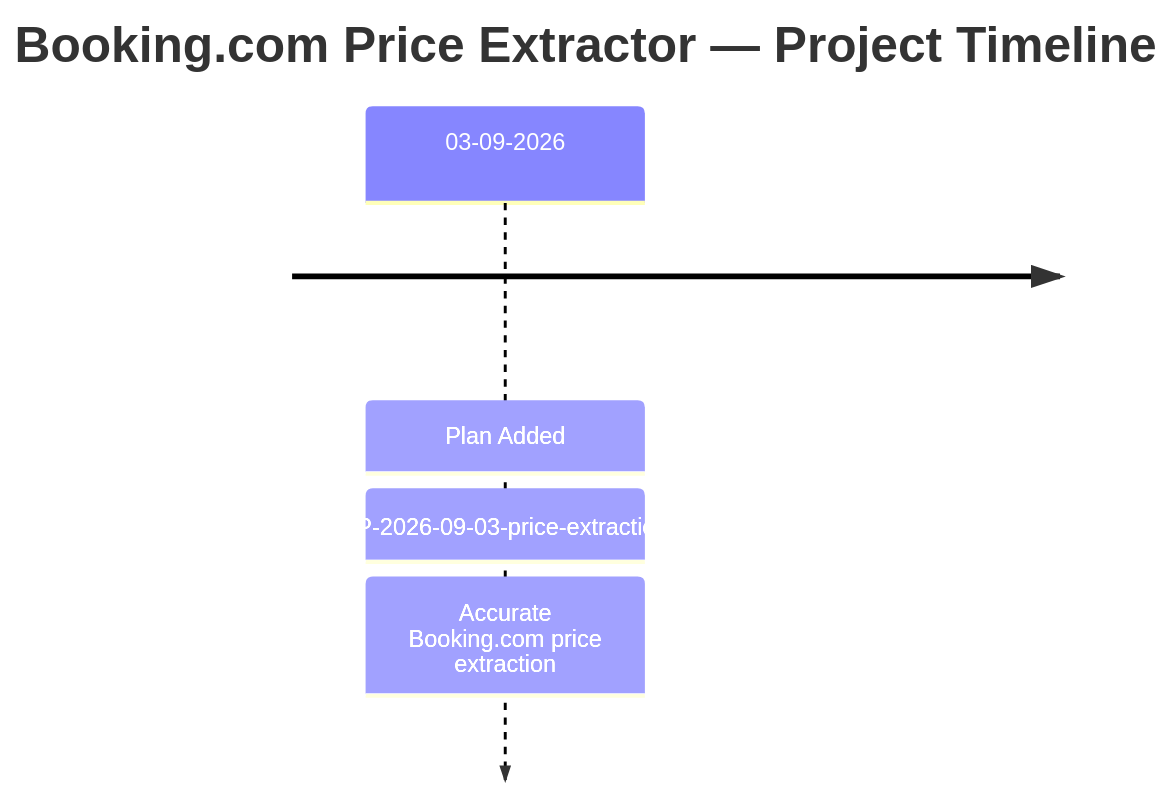
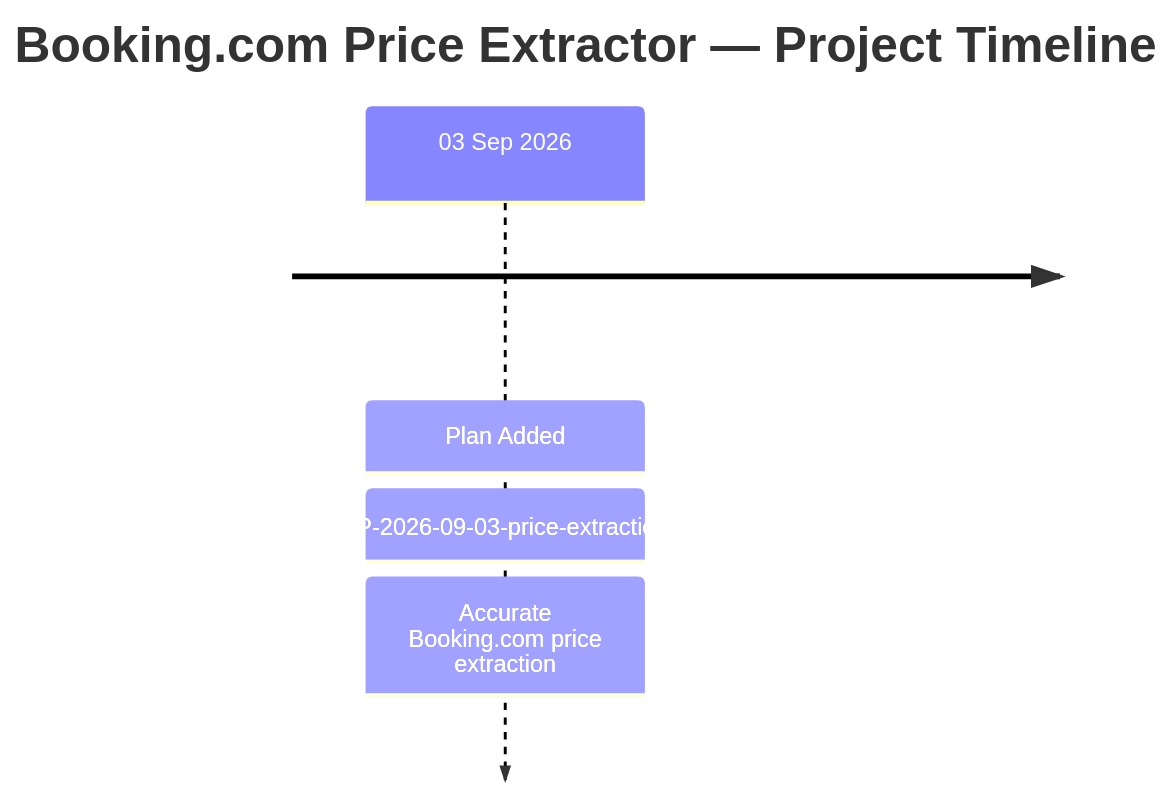
The diagram in FUTURE_TIMELINE.md (kamal-u247/extract_data_bookingcom), drawn with Mermaid before and after one commit. The commit also changed other lines of this file and 2 other files, not shown here.

Commit message:
refactor: update the date format

````diff
--- a/FUTURE_TIMELINE.md
+++ b/FUTURE_TIMELINE.md
@@ -11,7 +11,7 @@
 ```mermaid
 timeline
     title Booking.com Price Extractor — Project Timeline
-    03-09-2026 : Plan Added
-               : FP-2026-09-03-price-extraction
-               : Accurate Booking.com price extraction
+    03 Sep 2026 : Plan Added
+                 : FP-2026-09-03-price-extraction
+                 : Accurate Booking.com price extraction
 ```
````
